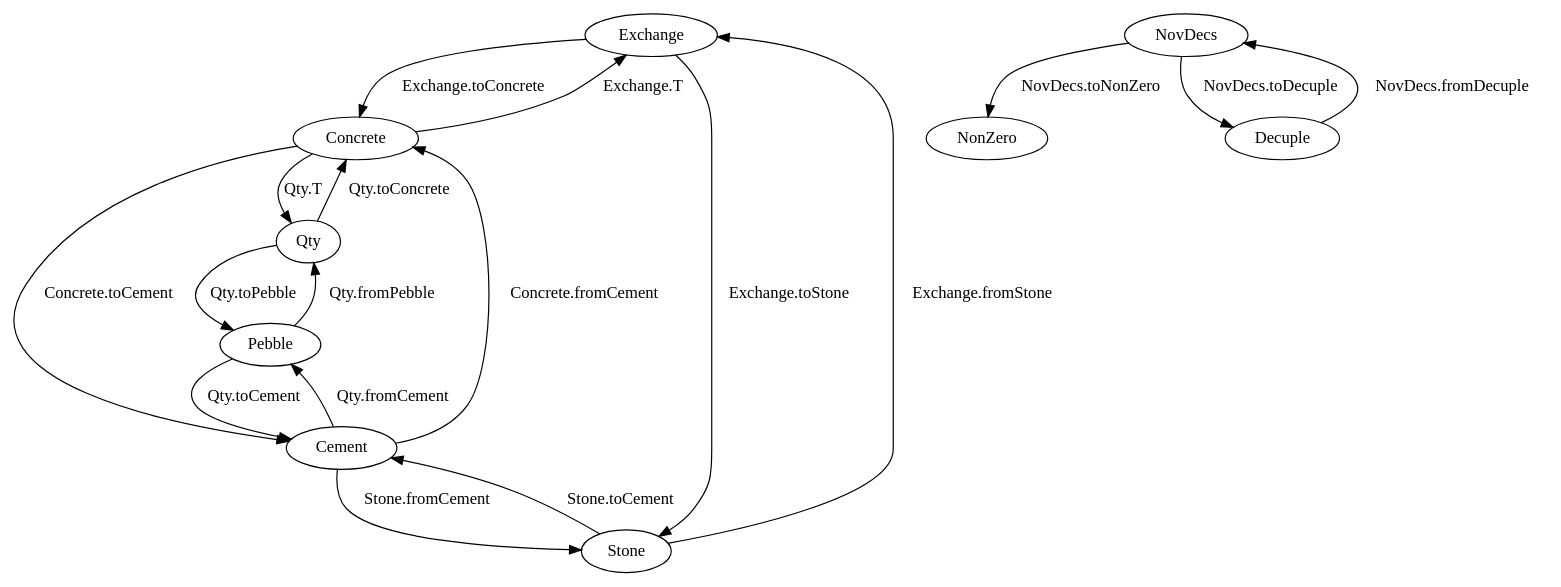
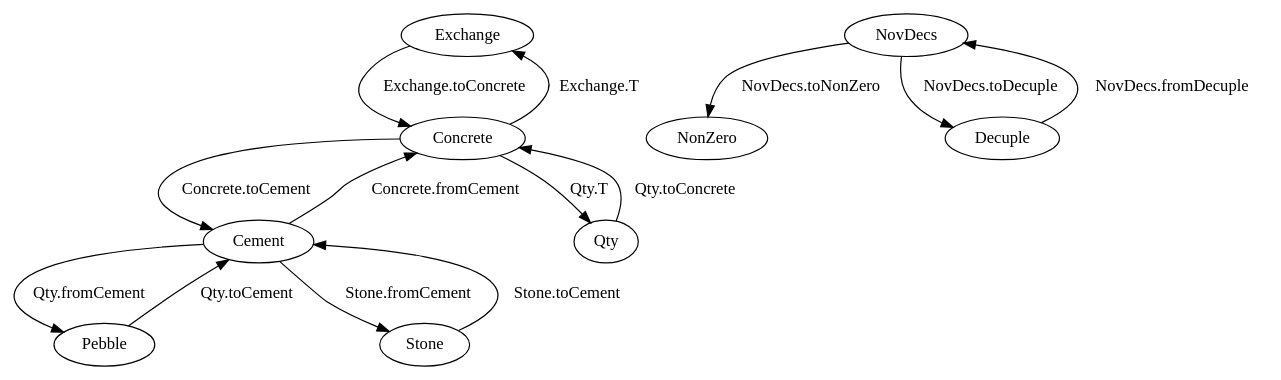
One commit to analyticd/penny changed the diagram in dot/functions.dot. Above: the diagram before and after it, drawn with Graphviz. The commit also changed 3 other files, not shown here.

```diff
--- a/dot/functions.dot
+++ b/dot/functions.dot
@@ -1,32 +1,28 @@
 digraph functions {
 
   // Exchange
   Exchange -> Concrete [label="Exchange.toConcrete"];
   Concrete -> Exchange [label="Exchange.T"];
-  Stone -> Exchange [label="Exchange.fromStone"];
-  Exchange -> Stone [label="Exchange.toStone"];
 
   // Concrete
   Concrete -> Cement [label="Concrete.toCement"];
   Cement -> Concrete [label="Concrete.fromCement"];
 
   // NovDecs
   NovDecs -> NonZero [label="NovDecs.toNonZero"];
   NovDecs -> Decuple [label="NovDecs.toDecuple"];
   Decuple -> NovDecs [label="NovDecs.fromDecuple"];
 
   // Qty
   Qty -> Concrete [label="Qty.toConcrete"];
   Concrete -> Qty [label="Qty.T"];
-  Pebble -> Qty [label="Qty.fromPebble"];
-  Qty -> Pebble [label="Qty.toPebble"];
 
   // Pebble
   Pebble -> Cement [label="Qty.toCement"];
   Cement -> Pebble [label="Qty.fromCement"];
 
   // Stone
   Stone -> Cement [label="Stone.toCement"];
   Cement -> Stone [label="Stone.fromCement"];
 
 }
```
